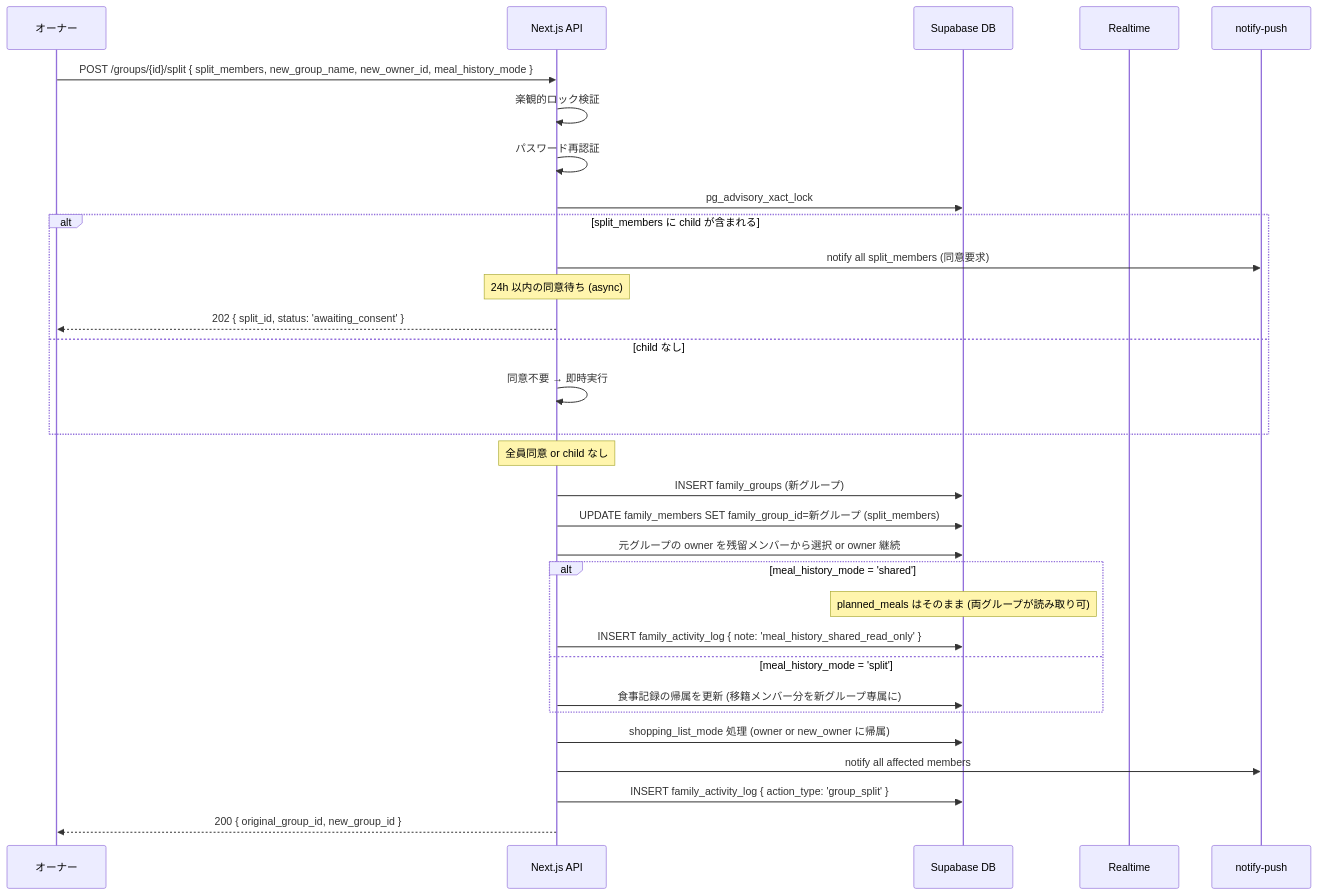
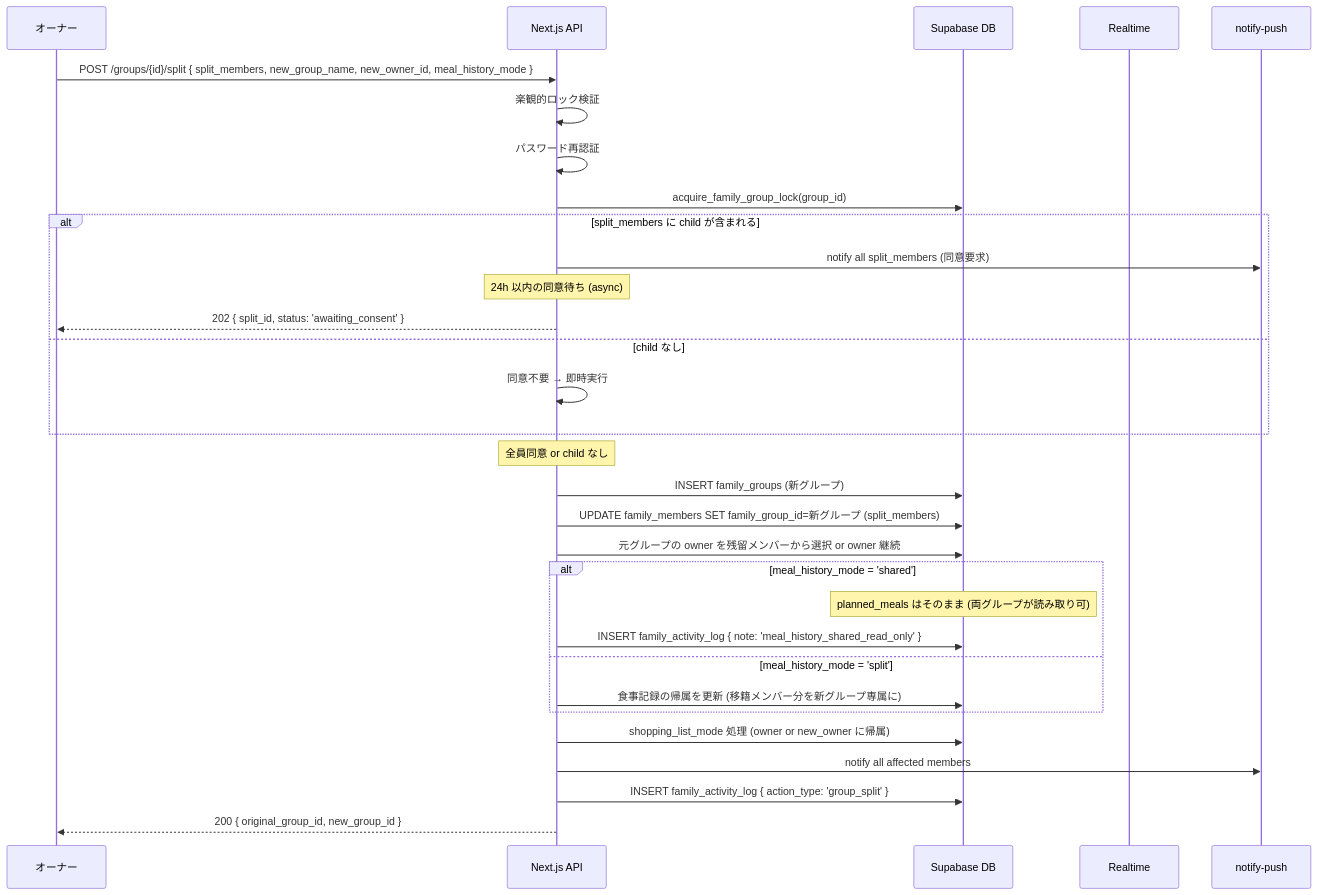
One commit to DaisukeHori/homegohan-app changed the third of 4 diagrams in docs/design/family/07-lifecycle.md. Above: the diagram before and after it, drawn with Mermaid. The commit also changed other lines of this file and 7 other files, not shown here.

````diff
--- a/docs/design/family/07-lifecycle.md
+++ b/docs/design/family/07-lifecycle.md
@@ -234,39 +234,39 @@
 ```mermaid
 sequenceDiagram
   participant Owner as オーナー
   participant API as Next.js API
   participant DB as Supabase DB
   participant RT as Realtime
   participant Push as notify-push
 
   Owner->>API: POST /groups/{id}/split { split_members, new_group_name, new_owner_id, meal_history_mode }
 
   API->>API: 楽観的ロック検証
   API->>API: パスワード再認証
-  API->>DB: pg_advisory_xact_lock
+  API->>DB: acquire_family_group_lock(group_id)
 
   alt split_members に child が含まれる
     API->>Push: notify all split_members (同意要求)
     Note over API: 24h 以内の同意待ち (async)
     API-->>Owner: 202 { split_id, status: 'awaiting_consent' }
   else child なし
     API->>API: 同意不要 → 即時実行
   end
 
   Note over API: 全員同意 or child なし
   API->>DB: INSERT family_groups (新グループ)
   API->>DB: UPDATE family_members SET family_group_id=新グループ (split_members)
   API->>DB: 元グループの owner を残留メンバーから選択 or owner 継続
 
   alt meal_history_mode = 'shared'
     Note over DB: planned_meals はそのまま (両グループが読み取り可)
     API->>DB: INSERT family_activity_log { note: 'meal_history_shared_read_only' }
   else meal_history_mode = 'split'
     API->>DB: 食事記録の帰属を更新 (移籍メンバー分を新グループ専属に)
   end
 
   API->>DB: shopping_list_mode 処理 (owner or new_owner に帰属)
   API->>Push: notify all affected members
   API->>DB: INSERT family_activity_log { action_type: 'group_split' }
   API-->>Owner: 200 { original_group_id, new_group_id }
 ```
````
